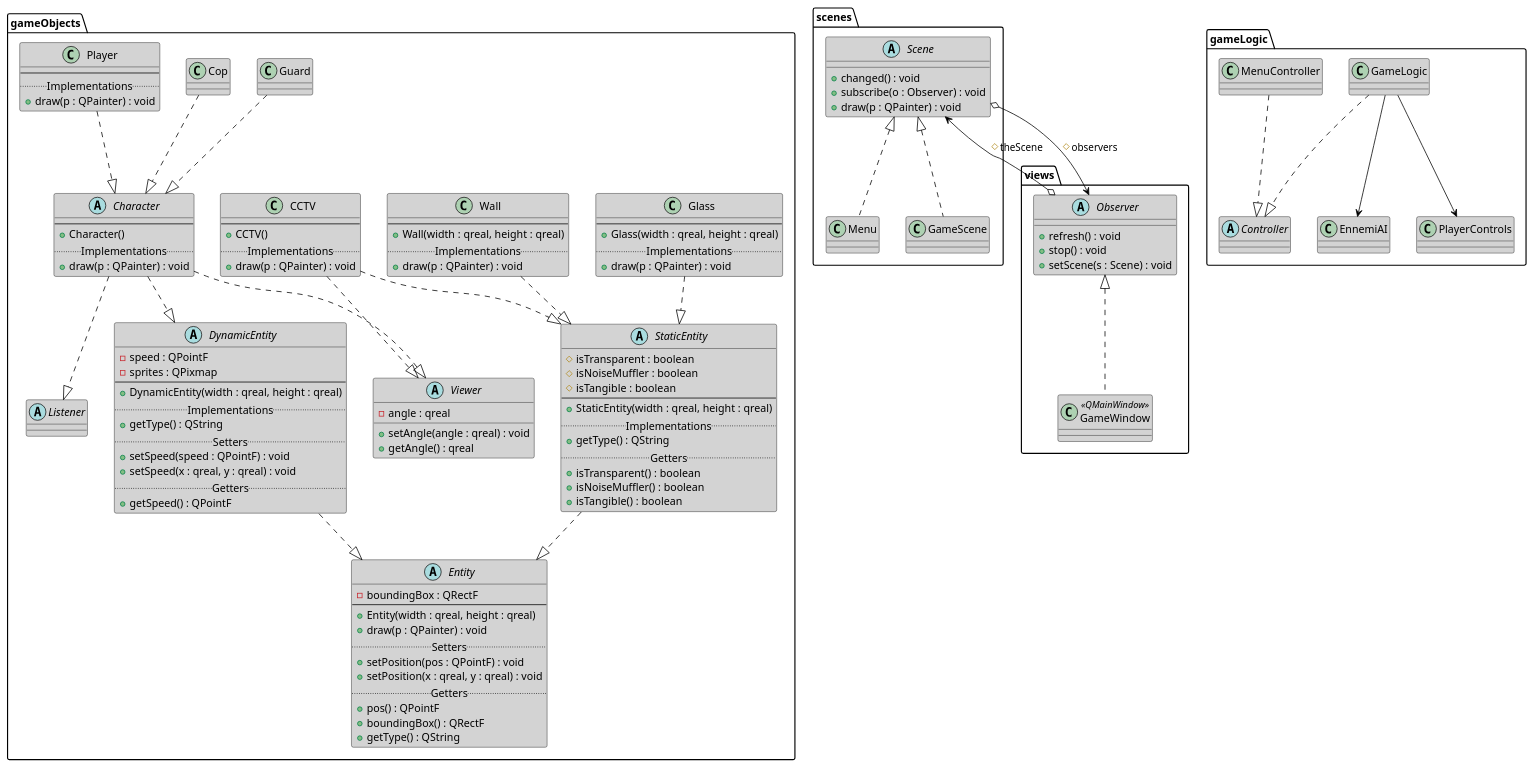
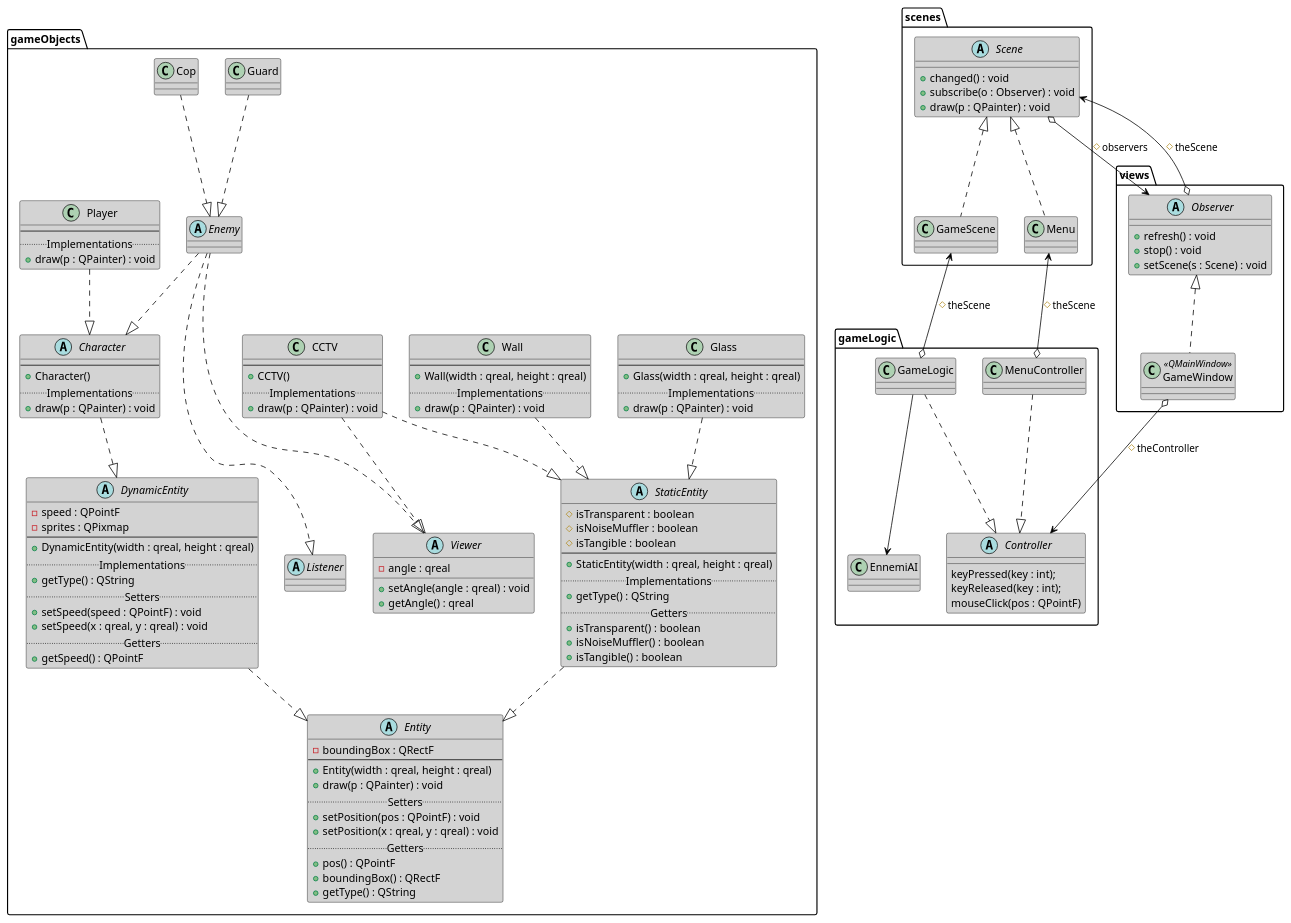
The diagram in UML/classes.puml (SamyFrancelet/Dillinger), drawn with PlantUML before and after one commit. The commit also changed 12 other files, not shown here.

```diff
--- a/UML/classes.puml
+++ b/UML/classes.puml
@@ -1,194 +1,200 @@
 @startuml dillinger_classes
 
 skinparam shadowing false
 'skinparam linetype polyline
 'skinparam linetype ortho
 
 skinparam class {
     ArrowColor black
     BorderColor black
     BackGroundColor lightgrey
 }
 
 skinparam package {
     ArrowColor black
     BorderColor black
     BackGroundColor white
 }
 
 package gameObjects {
 
     abstract "Entity" as entity {
         -boundingBox : QRectF
         --
         +Entity(width : qreal, height : qreal)
         +draw(p : QPainter) : void
 		..Setters..
         +setPosition(pos : QPointF) : void
         +setPosition(x : qreal, y : qreal) : void
 		..Getters..
         +pos() : QPointF
         +boundingBox() : QRectF
         +getType() : QString
     }
 
     together {
         abstract "StaticEntity" as statE {
             #isTransparent : boolean
             #isNoiseMuffler : boolean
             #isTangible : boolean
             --
             +StaticEntity(width : qreal, height : qreal)
 			..Implementations..
 			+getType() : QString
 			..Getters..
             +isTransparent() : boolean
             +isNoiseMuffler() : boolean
             +isTangible() : boolean
         }
 
         abstract "DynamicEntity" as dynE {
             -speed : QPointF
 			-sprites : QPixmap
             --
             +DynamicEntity(width : qreal, height : qreal)
 			..Implementations..
             +getType() : QString
 			..Setters..
             +setSpeed(speed : QPointF) : void
             +setSpeed(x : qreal, y : qreal) : void
 			..Getters..
             +getSpeed() : QPointF
         }
 
         abstract "Viewer" as viewer {
             -angle : qreal
 
             +setAngle(angle : qreal) : void
             +getAngle() : qreal
         }
 
         abstract "Listener" as listener
     }
 
     class "Glass" as glass {
         --
         +Glass(width : qreal, height : qreal)
 		..Implementations..
 		+draw(p : QPainter) : void
 	}
 
     class "Wall" as wall {
         --
         +Wall(width : qreal, height : qreal)
 		..Implementations..
 		+draw(p : QPainter) : void
 	}
 
     class "CCTV" as cam {
         --
         +CCTV()
 		..Implementations..
 		+draw(p : QPainter) : void
 	}
 
     abstract "Character" as charac {
         --
         +Character()
 		..Implementations..
 		+draw(p : QPainter) : void
 	}
 
+    class "Player" as player {
+        --
+        ..Implementations..
+        +draw(p : QPainter) : void
+    }
+
+    abstract "Enemy" as enemy
+
     class "Guard" as guard
 
     class "Cop" as cop
-
-    class "Player" as player {
-        --
-		..Implementations..
-		+draw(p : QPainter) : void
-	}
 
     statE ..|> entity
     dynE ..|> entity
 
     glass ..|> statE
     wall ..|> statE
     cam ..|> statE
 
     charac ..|> dynE
 
-    guard ..|> charac
-    cop ..|> charac
+    enemy ..|> charac
+
+    guard ..|> enemy
+    cop ..|> enemy
     player ..|> charac
 
 	cam ..|> viewer
-    charac ..|> viewer
-    charac ..|> listener
+    enemy ..|> viewer
+    enemy ..|> listener
 }
 
 package scenes {
     abstract "Scene" as scene{
         +changed() : void
         +subscribe(o : Observer) : void
         +draw(p : QPainter) : void
     }
 
     class "Menu" as menu {
 
     }
 
     class "GameScene" as gScene {
 
     }
 
     menu .up.|> scene
     gScene .up.|> scene
 }
 
 package views {
     abstract "Observer" as obs {
         +refresh() : void
         +stop() : void
         +setScene(s : Scene) : void
     }
 
     class "GameWindow" as gameW  <<QMainWindow>>{
 
     }
 
     gameW .up.|> obs
 }
 
 scene o--> obs : "#observers"
 obs o--> scene : "#theScene"
 
 package gameLogic {
 	abstract "Controller" as c {
-
+        keyPressed(key : int);
+        keyReleased(key : int);
+        mouseClick(pos : QPointF)
 	}
 
 	class "MenuController" as mc {
 
 	}
 
     class "GameLogic" as gLogic {
 
     }
 
 	class "EnnemiAI" as ai {
 
 	}
 
-	class "PlayerControls" as pControls {
-
-	}
-
 	gLogic ..|> c
 	mc ..|> c
 
 	gLogic --> ai
-	gLogic --> pControls
 }
 
+gameW o--> c : "#theController"
+
+mc o-up-> menu : "#theScene"
+gLogic o-up-> gScene : "#theScene"
+
 @enduml
```
